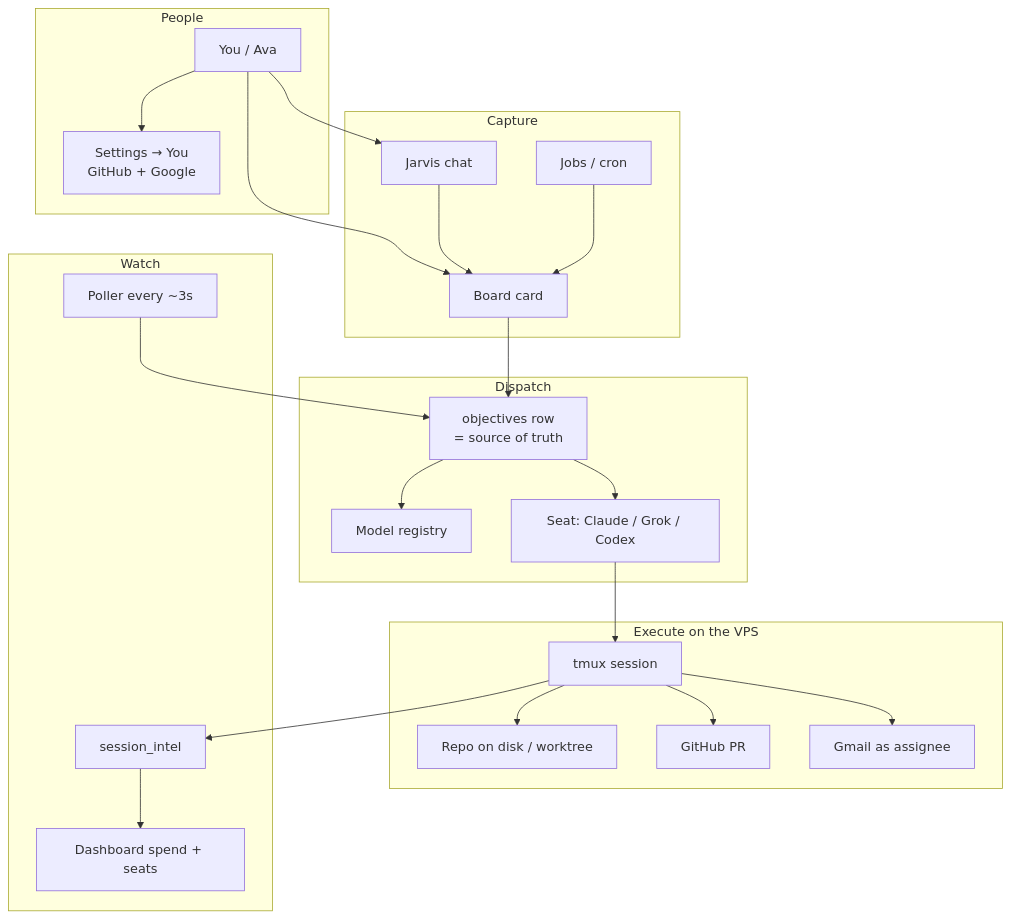
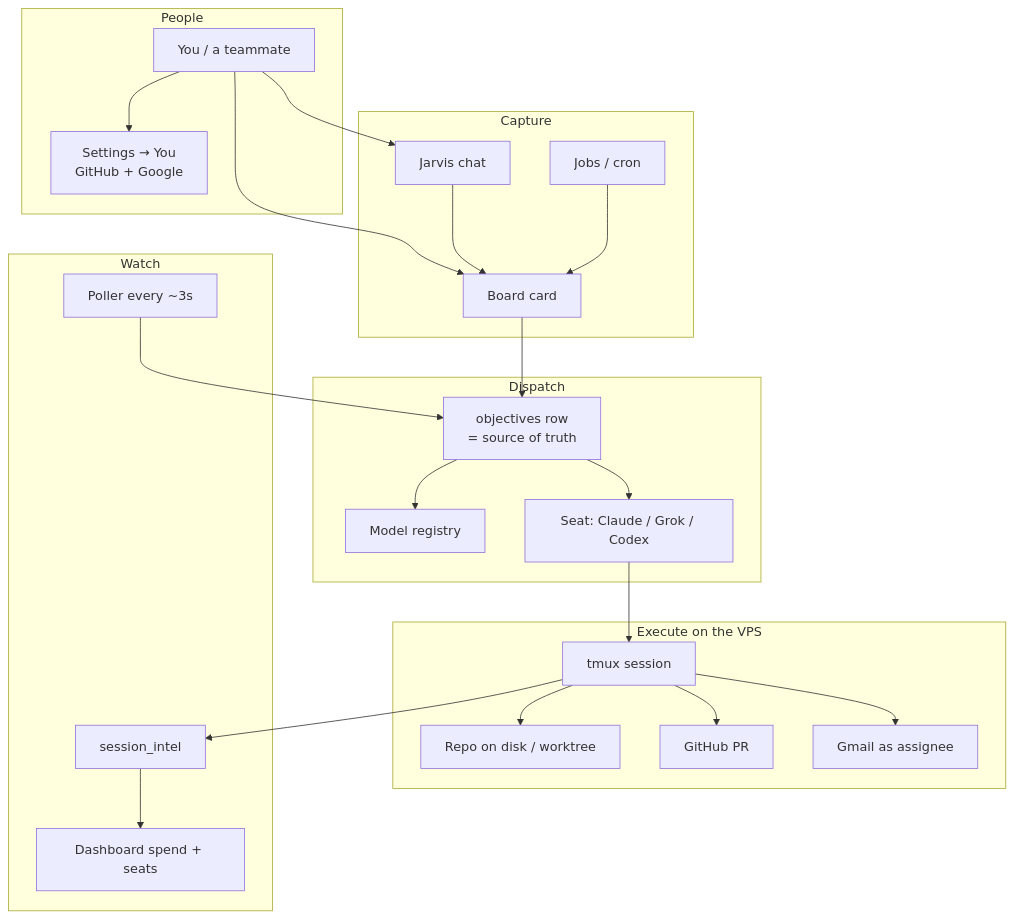
One commit to m1keluka/OperationKit changed the diagram in docs/product/01-what-it-is.md. Above: the diagram before and after it, drawn with Mermaid. The commit also changed other lines of this file and 38 other files, not shown here.

````diff
--- a/docs/product/01-what-it-is.md
+++ b/docs/product/01-what-it-is.md
@@ -7,47 +7,47 @@
 ```mermaid
 flowchart TB
   subgraph people["People"]
-    You["You / Ava"]
+    You["You / a teammate"]
     Settings["Settings → You\nGitHub + Google"]
     You --> Settings
   end
 
   subgraph capture["Capture"]
     Board["Board card"]
     Jarvis["Jarvis chat"]
     Jobs["Jobs / cron"]
     You --> Board
     You --> Jarvis
     Jarvis --> Board
     Jobs --> Board
   end
 
   subgraph dispatch["Dispatch"]
     Obj["objectives row\n= source of truth"]
     Model["Model registry"]
     Seat["Seat: Claude / Grok / Codex"]
     Board --> Obj
     Obj --> Model
     Obj --> Seat
   end
 
   subgraph execute["Execute on the VPS"]
     Tmux["tmux session"]
     Repo["Repo on disk / worktree"]
     PR["GitHub PR"]
     Mail["Gmail as assignee"]
     Seat --> Tmux
     Tmux --> Repo
     Tmux --> PR
     Tmux --> Mail
   end
 
   subgraph watch["Watch"]
     Poller["Poller every ~3s"]
     Intel["session_intel"]
     Dash["Dashboard spend + seats"]
     Poller --> Obj
     Tmux --> Intel
     Intel --> Dash
   end
 ```
````
